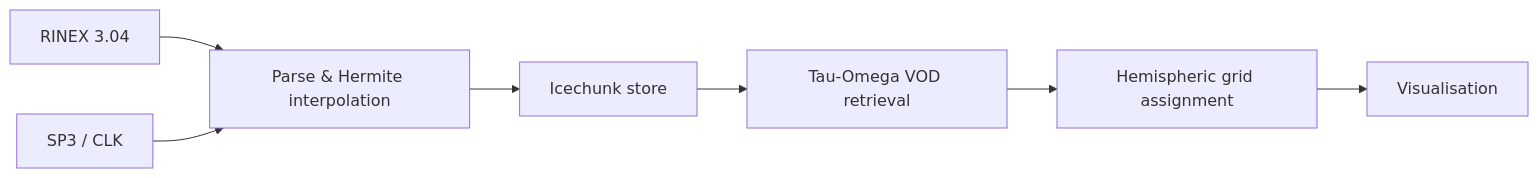
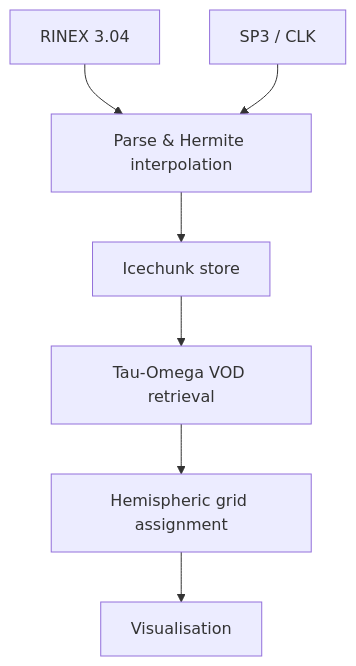
Before and after one commit to konstantinschellenberg/canvodpy: the diagram in docs/index.md, drawn with Mermaid. The commit also changed other lines of this file and 38 other files, not shown here.

````diff
--- a/docs/index.md
+++ b/docs/index.md
@@ -143,9 +143,9 @@
 ```mermaid
-flowchart LR
+flowchart TD
     RINEX["RINEX 3.04"] --> PARSE["Parse & Hermite interpolation"]
     SP3["SP3 / CLK"] --> PARSE
     PARSE --> STORE["Icechunk store"]
     STORE --> VOD["Tau-Omega VOD retrieval"]
     VOD --> GRID["Hemispheric grid assignment"]
     GRID --> VIZ["Visualisation"]
 ```
````
